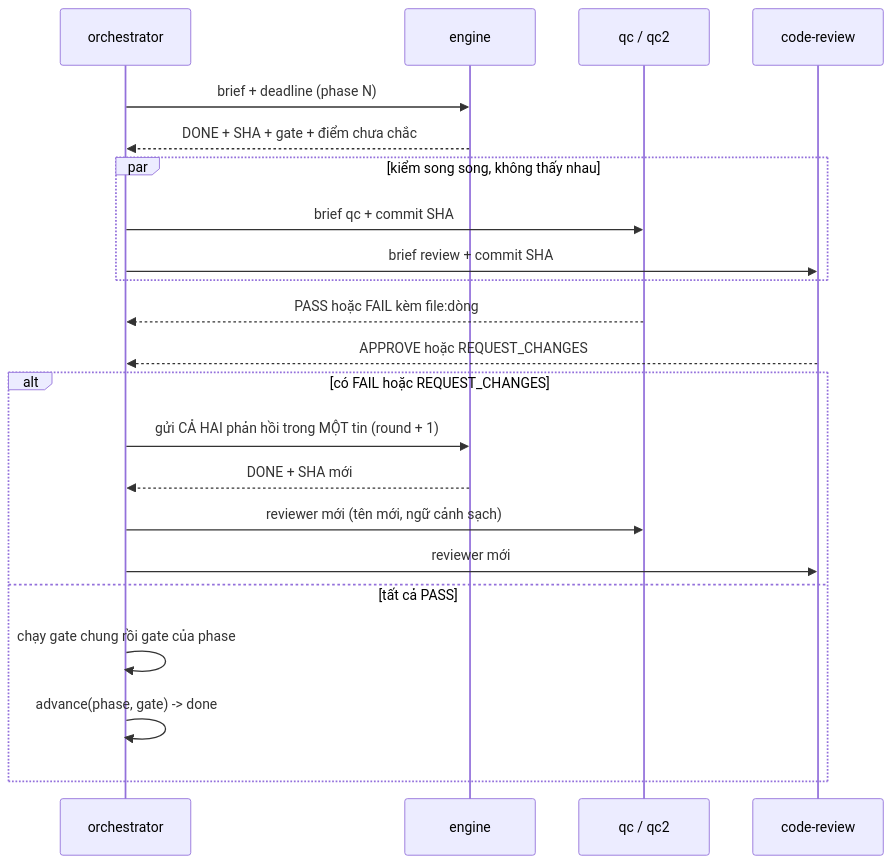
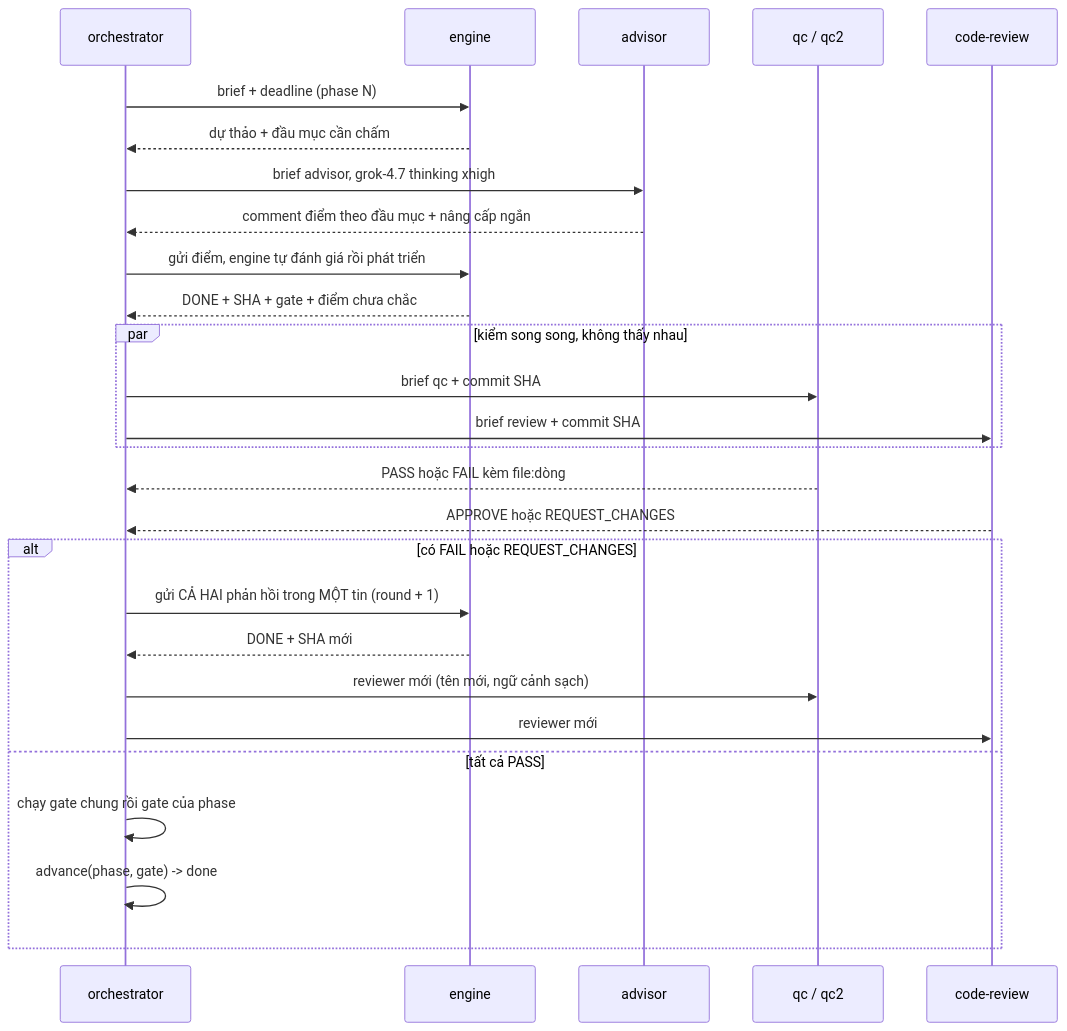
One commit to loind/sdlc changed the second of 2 diagrams in 01-quy-trinh.md. Above: the diagram before and after it, drawn with Mermaid. The commit also changed other lines of this file and 5 other files, not shown here.

Commit message:
docs(advisor): cham du thao engine truoc khi phat trien

````diff
--- a/01-quy-trinh.md
+++ b/01-quy-trinh.md
@@ -72,24 +72,29 @@
 ```mermaid
 sequenceDiagram
   participant O as orchestrator
   participant E as engine
+  participant A as advisor
   participant Q as qc / qc2
   participant C as code-review
   O->>E: brief + deadline (phase N)
+  E-->>O: dự thảo + đầu mục cần chấm
+  O->>A: brief advisor, grok-4.7 thinking xhigh
+  A-->>O: comment điểm theo đầu mục + nâng cấp ngắn
+  O->>E: gửi điểm, engine tự đánh giá rồi phát triển
   E-->>O: DONE + SHA + gate + điểm chưa chắc
   par kiểm song song, không thấy nhau
     O->>Q: brief qc + commit SHA
     O->>C: brief review + commit SHA
   end
   Q-->>O: PASS hoặc FAIL kèm file:dòng
   C-->>O: APPROVE hoặc REQUEST_CHANGES
   alt có FAIL hoặc REQUEST_CHANGES
     O->>E: gửi CẢ HAI phản hồi trong MỘT tin (round + 1)
     E-->>O: DONE + SHA mới
     O->>Q: reviewer mới (tên mới, ngữ cảnh sạch)
     O->>C: reviewer mới
   else tất cả PASS
     O->>O: chạy gate chung rồi gate của phase
     O->>O: advance(phase, gate) -> done
   end
 ```
````
